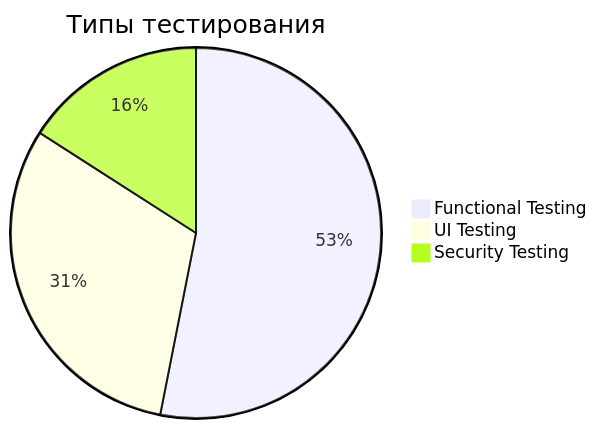
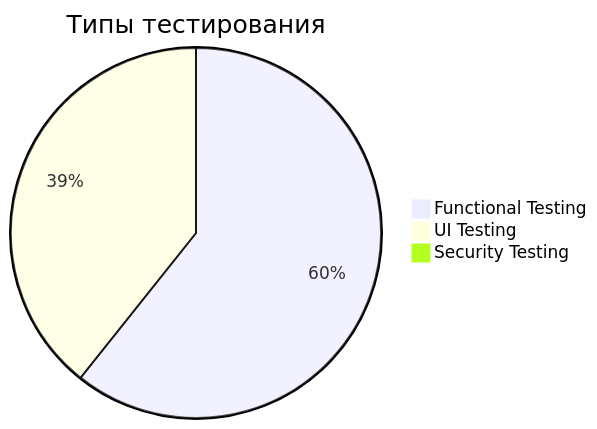
Before and after one commit to SHBERIX/QA-Portfolio: the second of 2 diagrams in README.md, drawn with Mermaid. The commit also changed other lines of this file, not shown here.

````diff
--- a/README.md
+++ b/README.md
@@ -111,6 +107,6 @@
 ```mermaid
 pie title Типы тестирования
-    "Functional Testing" : 60
-    "UI Testing" : 35
-    "Security Testing" : 18
+    "Functional Testing" : 68
+    "UI Testing" : 44
+    "Security Testing" : 1
 ```
````
